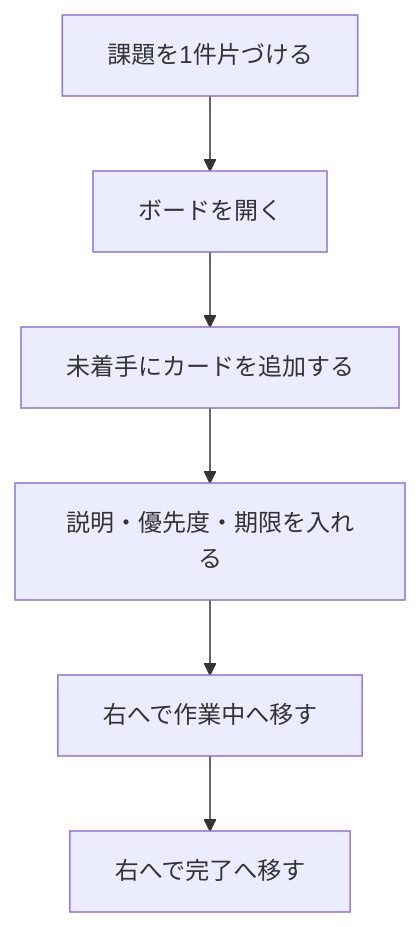
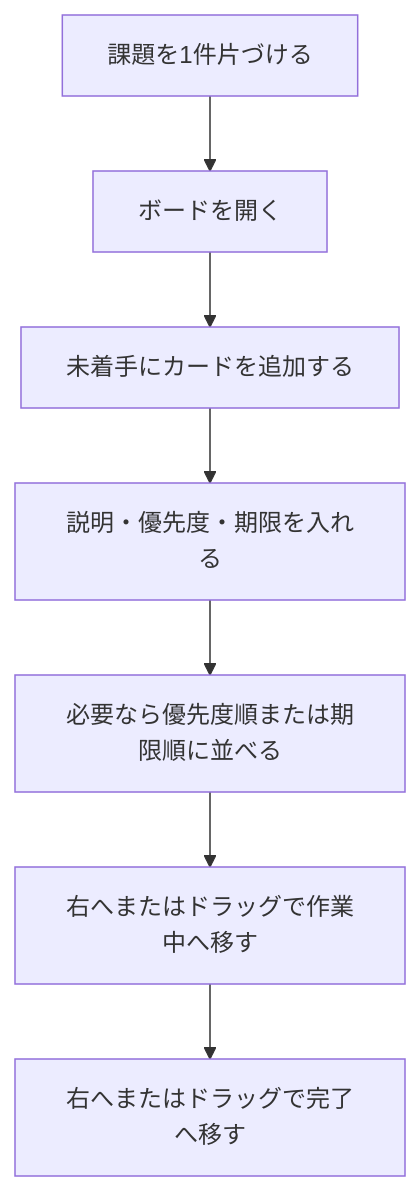
Before and after one commit to pfgnsb/kadai-kanri-board: the first of 10 diagrams in ドキュメント/要件定義書.md, drawn with Mermaid. The commit also changed other lines of this file and 3 other files, not shown here.

````diff
--- a/ドキュメント/要件定義書.md
+++ b/ドキュメント/要件定義書.md
@@ -110,8 +111,9 @@
 ```mermaid
 flowchart TD
   start[課題を1件片づける] --> open[ボードを開く]
   open --> add[未着手にカードを追加する]
   add --> edit[説明・優先度・期限を入れる]
-  edit --> work[右へで作業中へ移す]
-  work --> done[右へで完了へ移す]
+  edit --> sort[必要なら優先度順または期限順に並べる]
+  sort --> work[右へまたはドラッグで作業中へ移す]
+  work --> done[右へまたはドラッグで完了へ移す]
 ```
````
